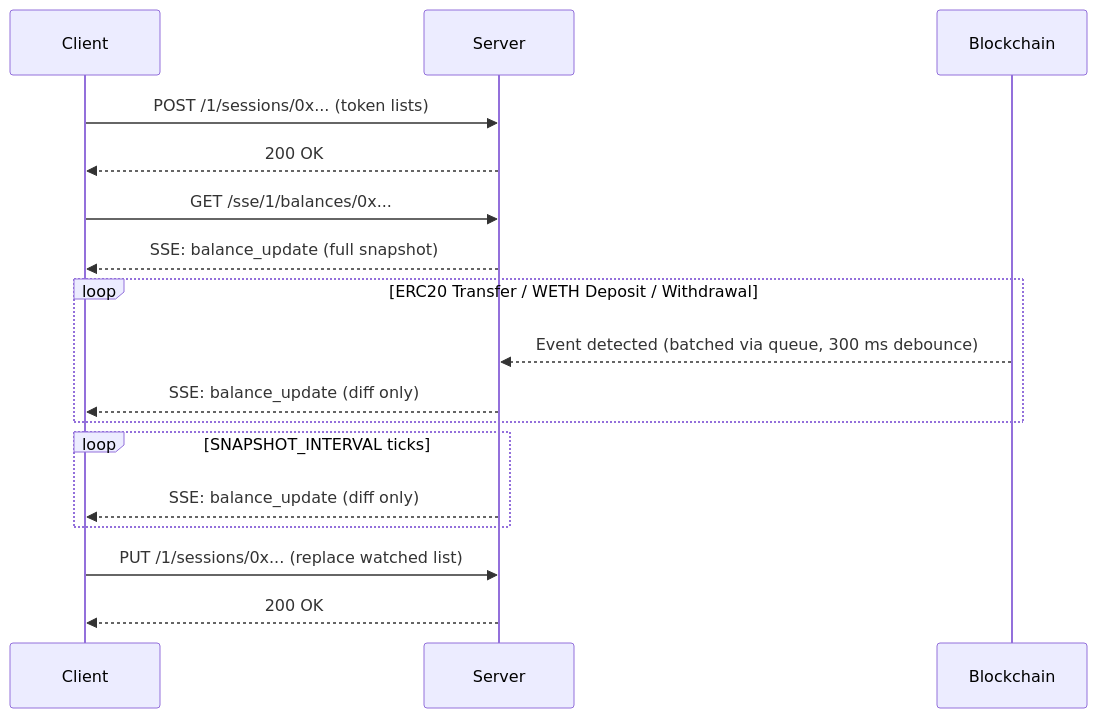
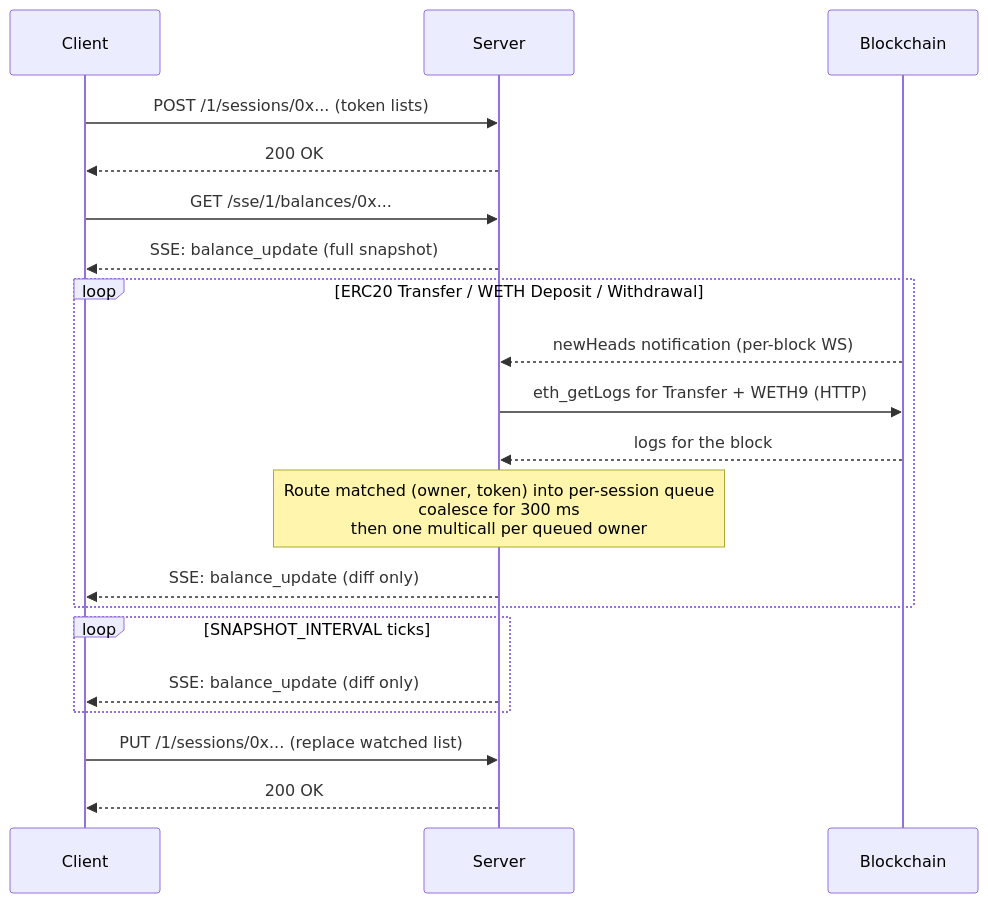
One commit to cowprotocol/balances-watcher changed the first of 2 diagrams in README.md. Above: the diagram before and after it, drawn with Mermaid. The commit also changed other lines of this file and 24 other files, not shown here.

First line of the commit message:
feat: implement event dispatcher using eth_getLogs (#50)

````diff
--- a/README.md
+++ b/README.md
@@ -181,24 +197,27 @@
 ```mermaid
 sequenceDiagram
     participant Client
     participant Server
     participant Blockchain
 
     Client->>Server: POST /1/sessions/0x... (token lists)
     Server-->>Client: 200 OK
 
     Client->>Server: GET /sse/1/balances/0x...
     Server-->>Client: SSE: balance_update (full snapshot)
 
     loop ERC20 Transfer / WETH Deposit / Withdrawal
-        Blockchain-->>Server: Event detected (batched via queue, 300 ms debounce)
+        Blockchain-->>Server: newHeads notification (per-block WS)
+        Server->>Blockchain: eth_getLogs for Transfer + WETH9 (HTTP)
+        Blockchain-->>Server: logs for the block
+        Note over Server: Route matched (owner, token) into per-session queue<br/>coalesce for 300 ms<br/>then one multicall per queued owner
         Server-->>Client: SSE: balance_update (diff only)
     end
 
     loop SNAPSHOT_INTERVAL ticks
         Server-->>Client: SSE: balance_update (diff only)
     end
 
     Client->>Server: PUT /1/sessions/0x... (replace watched list)
     Server-->>Client: 200 OK
 ```
````
